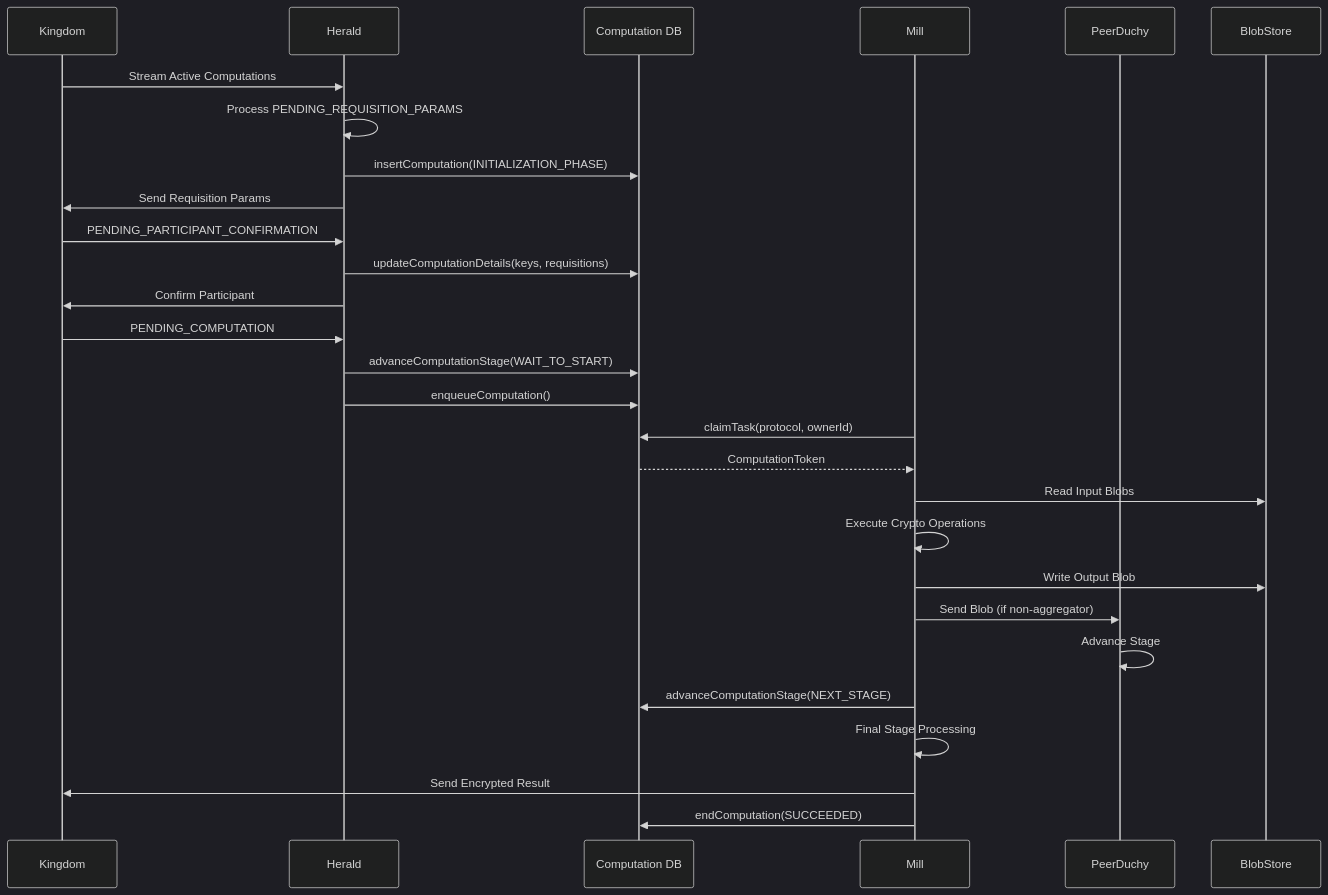
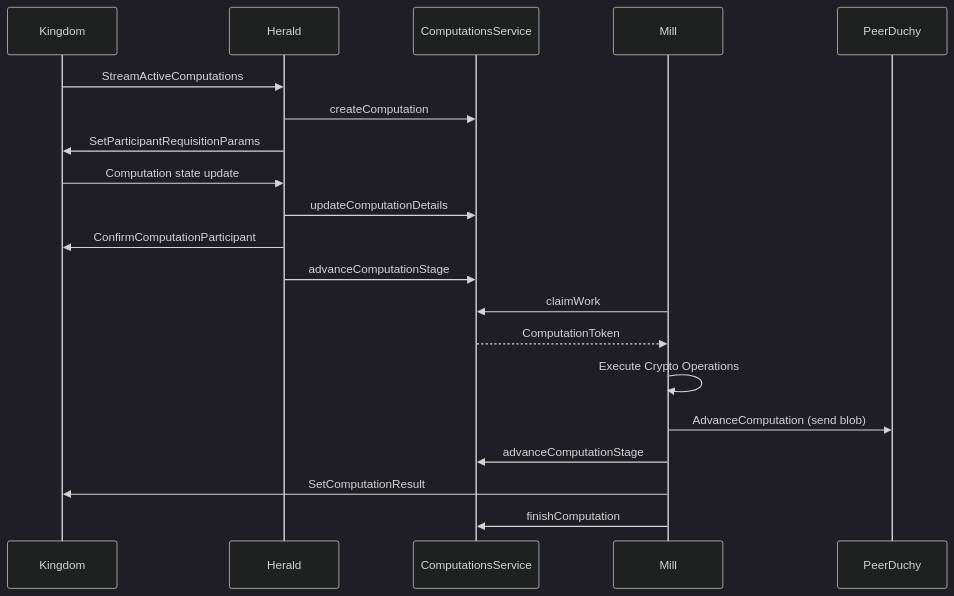
The second of 2 diagrams in docs/architecture/duchy.md (world-federation-of-advertisers/cross-media-measurement), drawn with Mermaid (dark theme) before and after one commit. The commit also changed other lines of this file and 249 other files, not shown here.

````diff
--- a/docs/architecture/duchy.md
+++ b/docs/architecture/duchy.md
@@ -249,40 +233,27 @@
 ```mermaid
 sequenceDiagram
     participant Kingdom
     participant Herald
-    participant DB as Computation DB
+    participant ComputationsService
     participant Mill
     participant PeerDuchy
-    participant BlobStore
 
-    %% Initialization
-    Kingdom->>Herald: Stream Active Computations
-    Herald->>Herald: Process PENDING_REQUISITION_PARAMS
-    Herald->>DB: insertComputation(INITIALIZATION_PHASE)
-    Herald->>Kingdom: Send Requisition Params
+    Kingdom->>Herald: StreamActiveComputations
+    Herald->>ComputationsService: createComputation
+    Herald->>Kingdom: SetParticipantRequisitionParams
 
-    %% Requisition Fulfillment
-    Kingdom->>Herald: PENDING_PARTICIPANT_CONFIRMATION
-    Herald->>DB: updateComputationDetails(keys, requisitions)
-    Herald->>Kingdom: Confirm Participant
+    Kingdom->>Herald: Computation state update
+    Herald->>ComputationsService: updateComputationDetails
+    Herald->>Kingdom: ConfirmComputationParticipant
 
-    %% Computation Start
-    Kingdom->>Herald: PENDING_COMPUTATION
-    Herald->>DB: advanceComputationStage(WAIT_TO_START)
-    Herald->>DB: enqueueComputation()
+    Herald->>ComputationsService: advanceComputationStage
 
-    %% Mill Processing
-    Mill->>DB: claimTask(protocol, ownerId)
-    DB-->>Mill: ComputationToken
-    Mill->>BlobStore: Read Input Blobs
+    Mill->>ComputationsService: claimWork
+    ComputationsService-->>Mill: ComputationToken
     Mill->>Mill: Execute Crypto Operations
-    Mill->>BlobStore: Write Output Blob
-    Mill->>PeerDuchy: Send Blob (if non-aggregator)
-    PeerDuchy->>PeerDuchy: Advance Stage
-    Mill->>DB: advanceComputationStage(NEXT_STAGE)
+    Mill->>PeerDuchy: AdvanceComputation (send blob)
+    Mill->>ComputationsService: advanceComputationStage
 
-    %% Completion
-    Mill->>Mill: Final Stage Processing
-    Mill->>Kingdom: Send Encrypted Result
-    Mill->>DB: endComputation(SUCCEEDED)
+    Mill->>Kingdom: SetComputationResult
+    Mill->>ComputationsService: finishComputation
 ```
````
